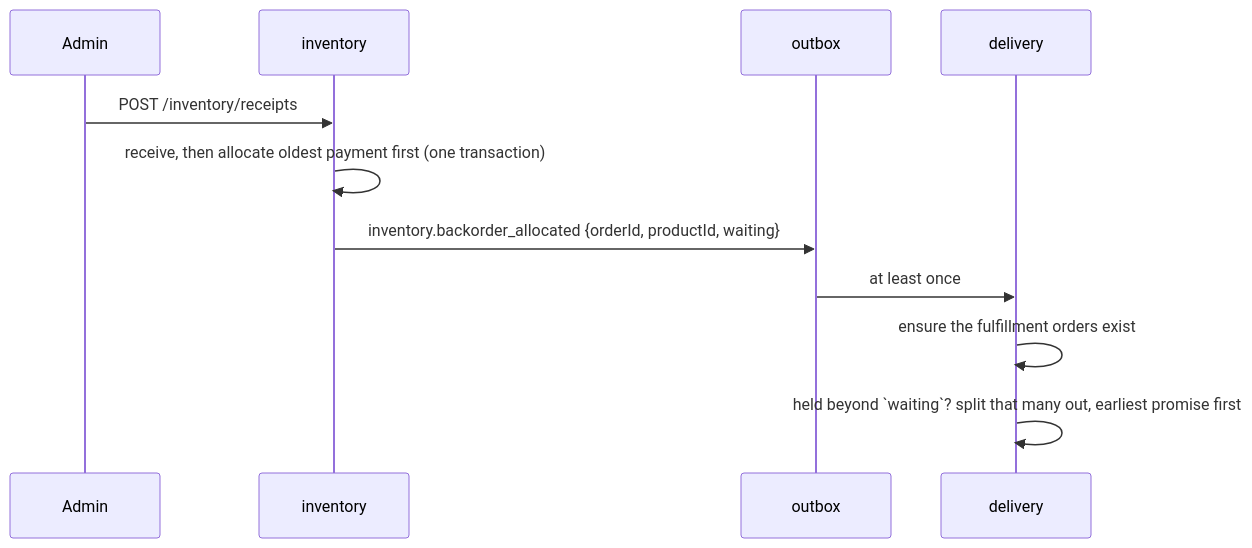
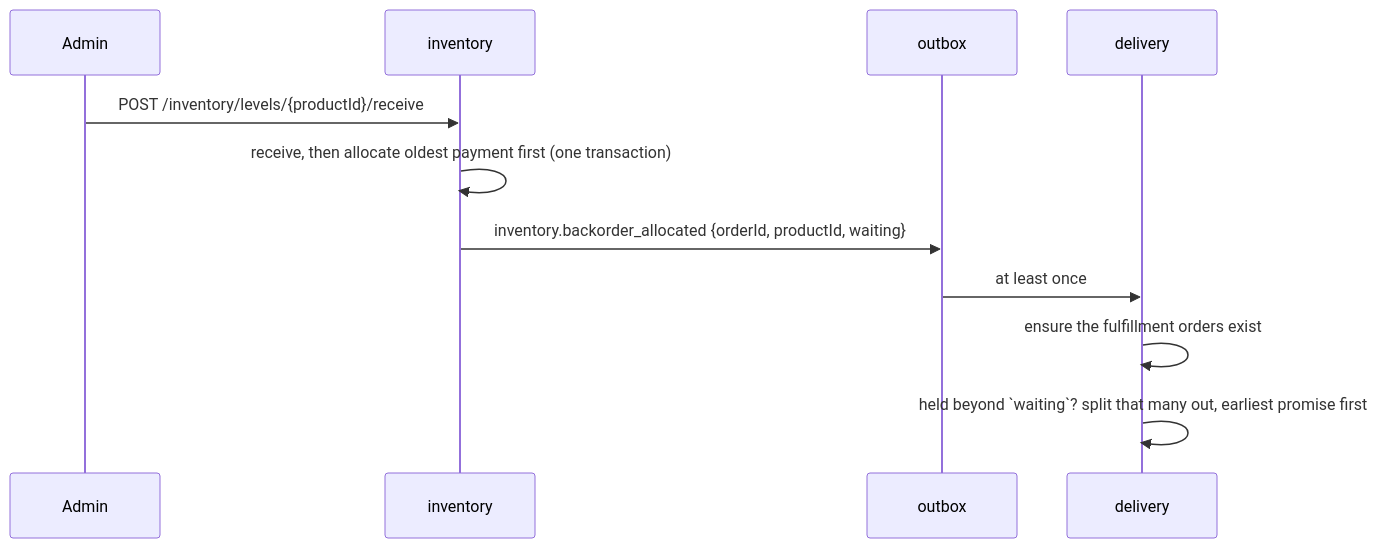
The fourth of 7 diagrams in docs/modules/delivery.md (Guebbit/boilerplate-node-backend), drawn with Mermaid before and after one commit. The commit also changed 23 other files, not shown here.

First line of the commit message:
feat(inventory)!: address a stock write by its product, /inventory/levels/{productId}/receive|adjust

````diff
--- a/docs/modules/delivery.md
+++ b/docs/modules/delivery.md
@@ -213,13 +213,13 @@
 ```mermaid
 sequenceDiagram
     participant A as Admin
     participant I as inventory
     participant O as outbox
     participant D as delivery
-    A->>I: POST /inventory/receipts
+    A->>I: POST /inventory/levels/{productId}/receive
     I->>I: receive, then allocate oldest payment first (one transaction)
     I->>O: inventory.backorder_allocated {orderId, productId, waiting}
     O->>D: at least once
     D->>D: ensure the fulfillment orders exist
     D->>D: held beyond `waiting`? split that many out, earliest promise first
 ```
````
